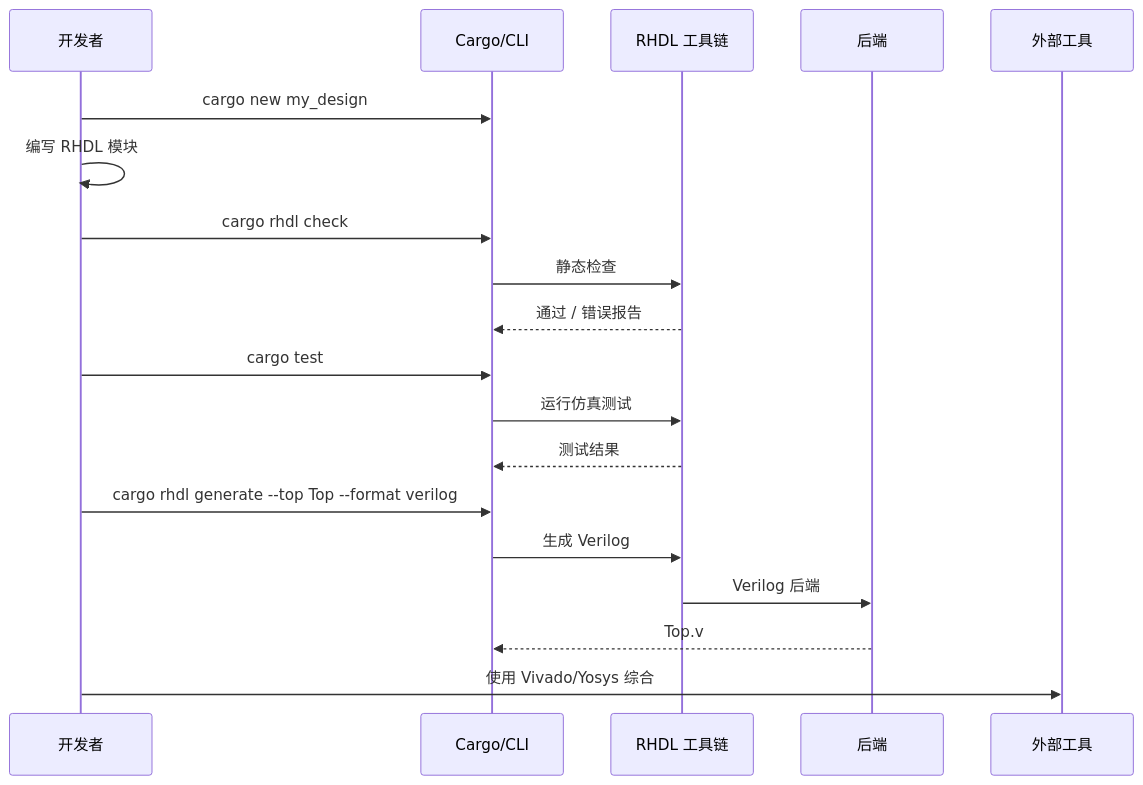
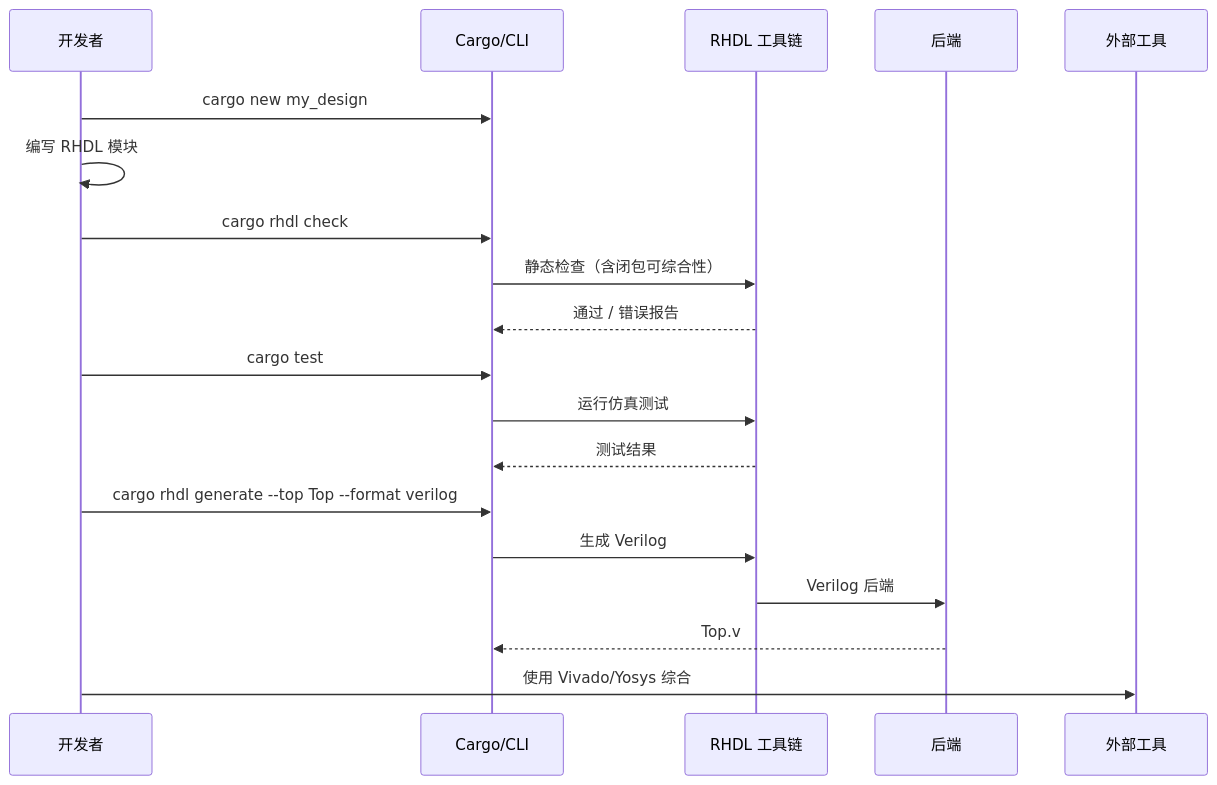
Diagram 16 of 19 in docs/requirements/13. 工具链与后端.md (TangCan/bitloom), drawn with Mermaid before and after one commit. The commit also changed other lines of this file and 17 other files, not shown here.

````diff
--- a/docs/requirements/13. 工具链与后端.md
+++ b/docs/requirements/13. 工具链与后端.md
@@ -443,23 +448,22 @@
 ```mermaid
 sequenceDiagram
     participant Dev as 开发者
     participant Cargo as Cargo/CLI
     participant RHDL as RHDL 工具链
     participant Backend as 后端
     participant External as 外部工具
 
     Dev->>Cargo: cargo new my_design
     Dev->>Dev: 编写 RHDL 模块
     Dev->>Cargo: cargo rhdl check
-    Cargo->>RHDL: 静态检查
+    Cargo->>RHDL: 静态检查（含闭包可综合性）
     RHDL-->>Cargo: 通过 / 错误报告
     Dev->>Cargo: cargo test
     Cargo->>RHDL: 运行仿真测试
     RHDL-->>Cargo: 测试结果
     Dev->>Cargo: cargo rhdl generate --top Top --format verilog
     Cargo->>RHDL: 生成 Verilog
     RHDL->>Backend: Verilog 后端
     Backend-->>Cargo: Top.v
     Dev->>External: 使用 Vivado/Yosys 综合
-
 ```
````
